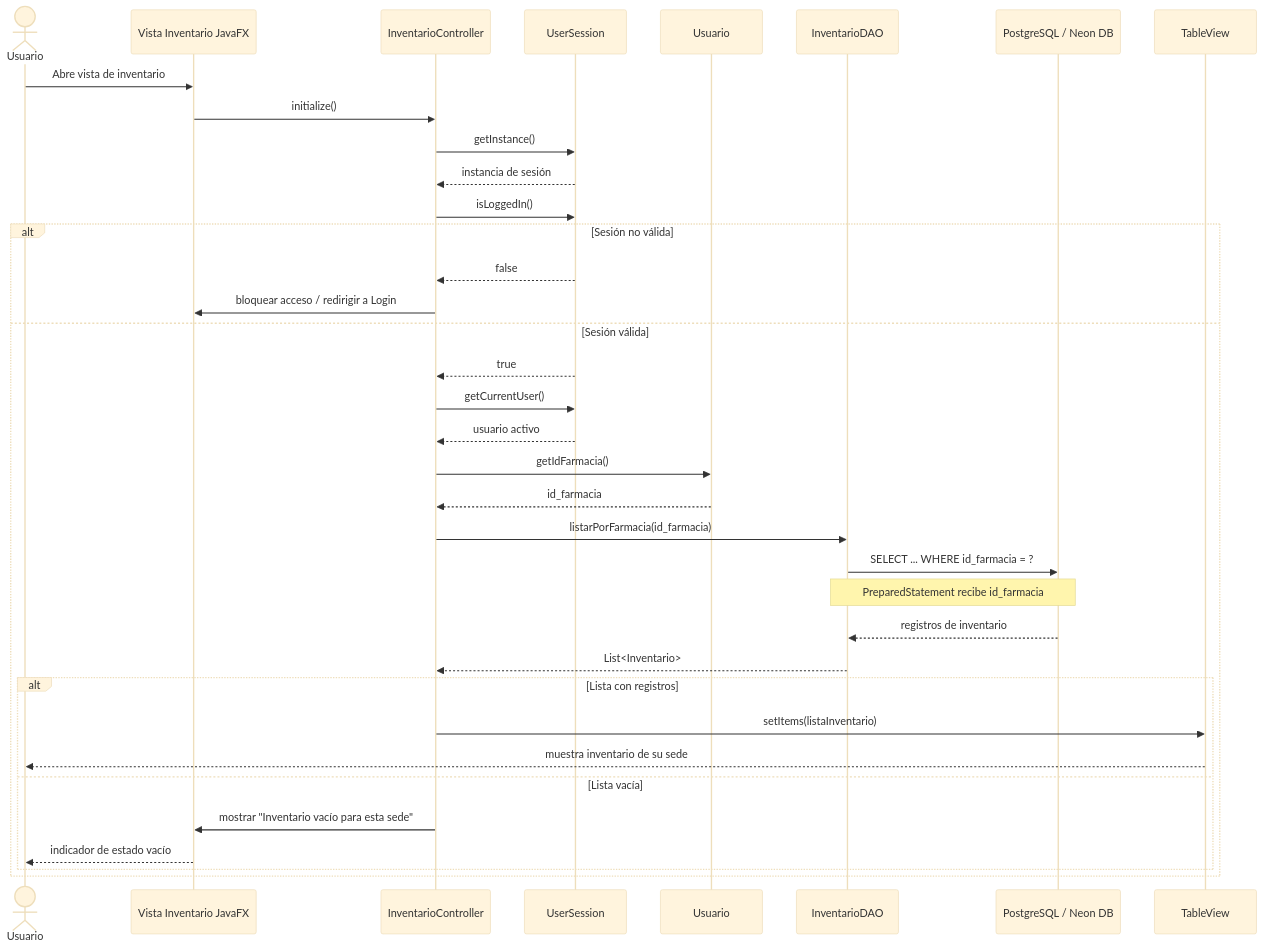
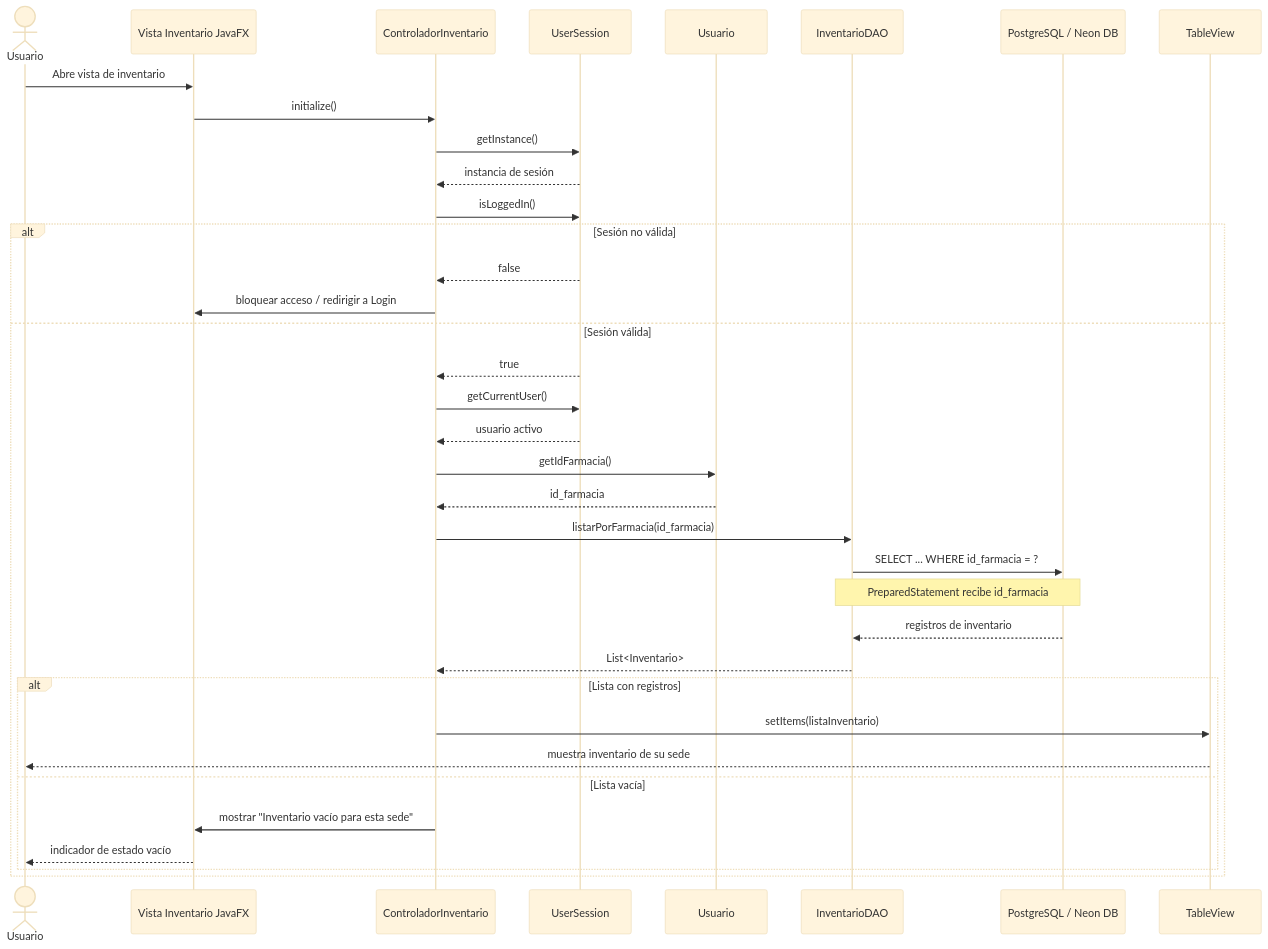
Before and after one commit to puj-course/FIS_2630_1204_G1: the diagram in docs/architecture/design/HU-67-diseno-comportamiento.md, drawn with Mermaid (base theme). The commit also changed 121 other files, not shown here.

````diff
--- a/docs/architecture/design/HU-67-diseno-comportamiento.md
+++ b/docs/architecture/design/HU-67-diseno-comportamiento.md
@@ -24,48 +24,48 @@
 ```mermaid
 sequenceDiagram
     actor Usuario
     participant Vista as Vista Inventario JavaFX
-    participant Controller as InventarioController
+    participant Controller as ControladorInventario
     participant Session as UserSession
     participant UsuarioActivo as Usuario
     participant DAO as InventarioDAO
     participant DB as PostgreSQL / Neon DB
     participant Tabla as TableView
 
     Usuario->>Vista: Abre vista de inventario
     Vista->>Controller: initialize()
 
     Controller->>Session: getInstance()
     Session-->>Controller: instancia de sesión
 
     Controller->>Session: isLoggedIn()
 
     alt Sesión no válida
         Session-->>Controller: false
         Controller->>Vista: bloquear acceso / redirigir a Login
     else Sesión válida
         Session-->>Controller: true
 
         Controller->>Session: getCurrentUser()
         Session-->>Controller: usuario activo
 
         Controller->>UsuarioActivo: getIdFarmacia()
         UsuarioActivo-->>Controller: id_farmacia
 
         Controller->>DAO: listarPorFarmacia(id_farmacia)
 
         DAO->>DB: SELECT ... WHERE id_farmacia = ?
         Note over DAO,DB: PreparedStatement recibe id_farmacia
 
         DB-->>DAO: registros de inventario
         DAO-->>Controller: List<Inventario>
 
         alt Lista con registros
             Controller->>Tabla: setItems(listaInventario)
             Tabla-->>Usuario: muestra inventario de su sede
         else Lista vacía
             Controller->>Vista: mostrar "Inventario vacío para esta sede"
             Vista-->>Usuario: indicador de estado vacío
         end
     end
 ```
````
